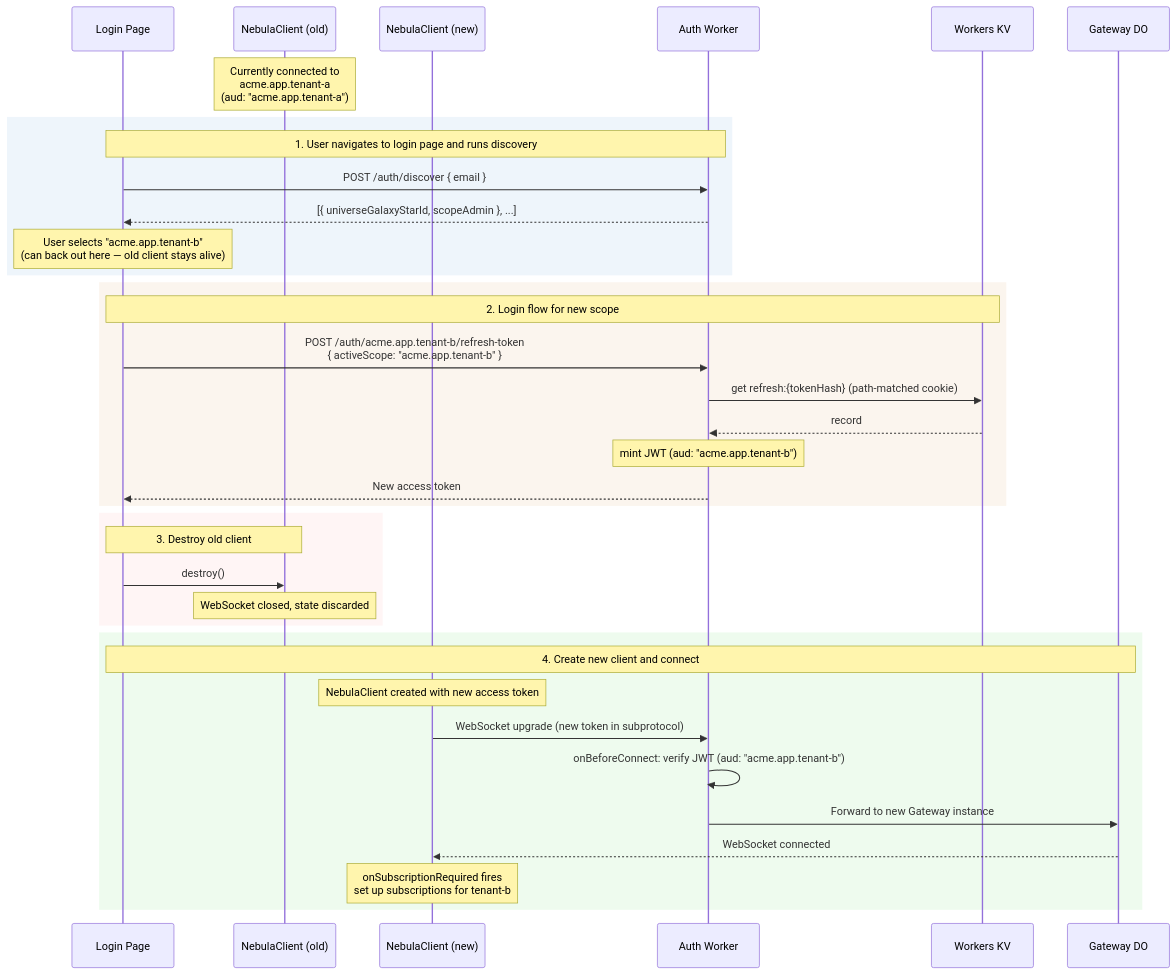
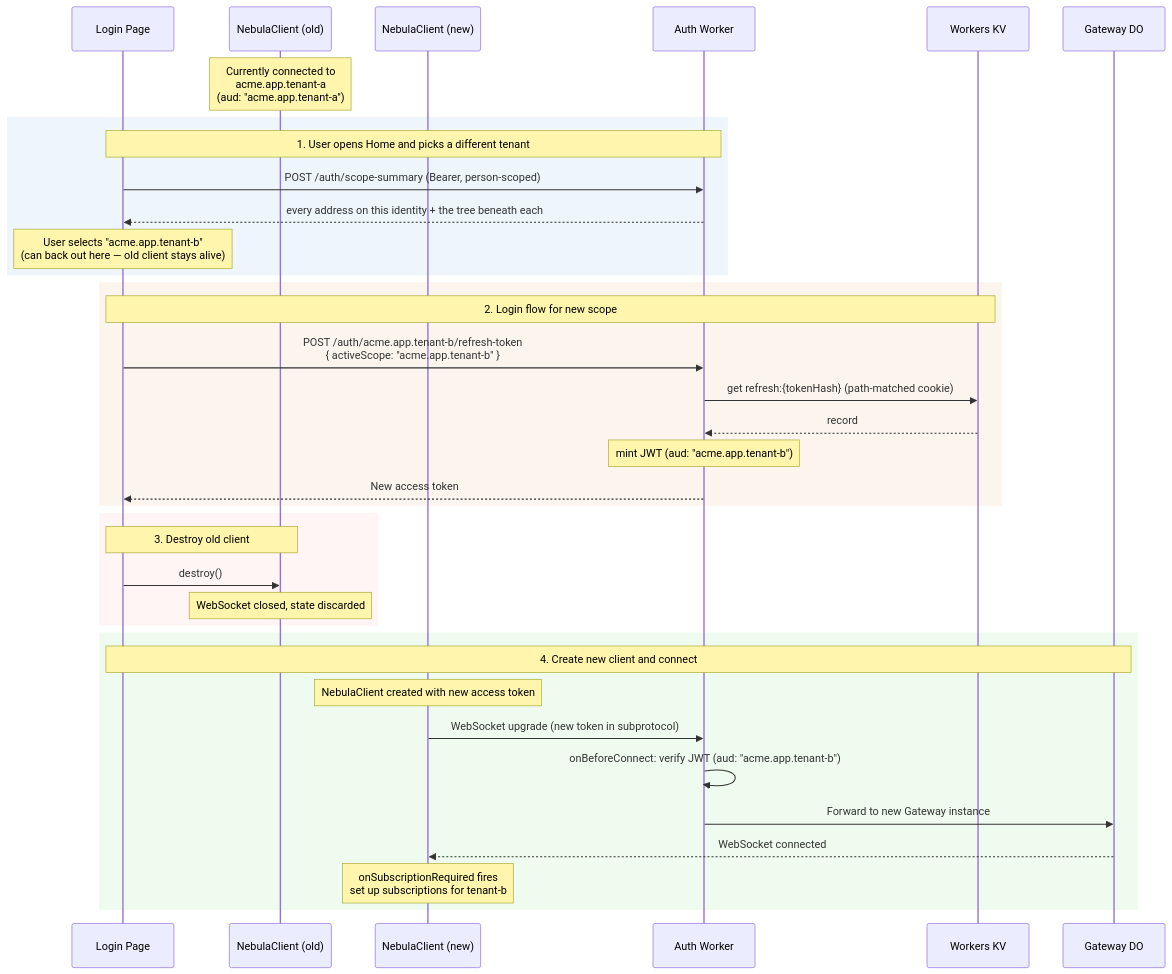
One commit to lumenize/lumenize changed the third of 6 diagrams in website/docs/nebula/auth-flows.md. Above: the diagram before and after it, drawn with Mermaid. The commit also changed other lines of this file and 5 other files, not shown here.

First line of the commit message:
docs(nebula-auth): the docs stop describing a login order that no longer exists

````diff
--- a/website/docs/nebula/auth-flows.md
+++ b/website/docs/nebula/auth-flows.md
@@ -154,43 +161,43 @@
 ```mermaid
 sequenceDiagram
     participant UI as Login Page
     participant NC1 as NebulaClient (old)
     participant NC2 as NebulaClient (new)
     participant W as Auth Worker
     participant KV as Workers KV
     participant GW as Gateway DO
 
     Note over NC1: Currently connected to<br/>acme.app.tenant-a<br/>(aud: "acme.app.tenant-a")
 
     rect rgba(200, 220, 240, 0.3)
-        Note over UI,W: 1. User navigates to login page and runs discovery
-        UI->>W: POST /auth/discover { email }
-        W-->>UI: [{ universeGalaxyStarId, scopeAdmin }, ...]
+        Note over UI,W: 1. User opens Home and picks a different tenant
+        UI->>W: POST /auth/scope-summary (Bearer, person-scoped)
+        W-->>UI: every address on this identity + the tree beneath each
         Note over UI: User selects "acme.app.tenant-b"<br/>(can back out here — old client stays alive)
     end
 
     rect rgba(240, 220, 200, 0.3)
         Note over UI,KV: 2. Login flow for new scope
         UI->>W: POST /auth/acme.app.tenant-b/refresh-token<br/>{ activeScope: "acme.app.tenant-b" }
         W->>KV: get refresh:{tokenHash} (path-matched cookie)
         KV-->>W: record
         Note over W: mint JWT (aud: "acme.app.tenant-b")
         W-->>UI: New access token
     end
 
     rect rgba(255, 220, 220, 0.3)
         Note over UI,NC1: 3. Destroy old client
         UI->>NC1: destroy()
         Note over NC1: WebSocket closed, state discarded
     end
 
     rect rgba(200, 240, 200, 0.3)
         Note over UI,GW: 4. Create new client and connect
         Note over NC2: NebulaClient created with new access token
         NC2->>W: WebSocket upgrade (new token in subprotocol)
         W->>W: onBeforeConnect: verify JWT (aud: "acme.app.tenant-b")
         W->>GW: Forward to new Gateway instance
         GW-->>NC2: WebSocket connected
         Note over NC2: onSubscriptionRequired fires<br/>set up subscriptions for tenant-b
     end
 ```
````
